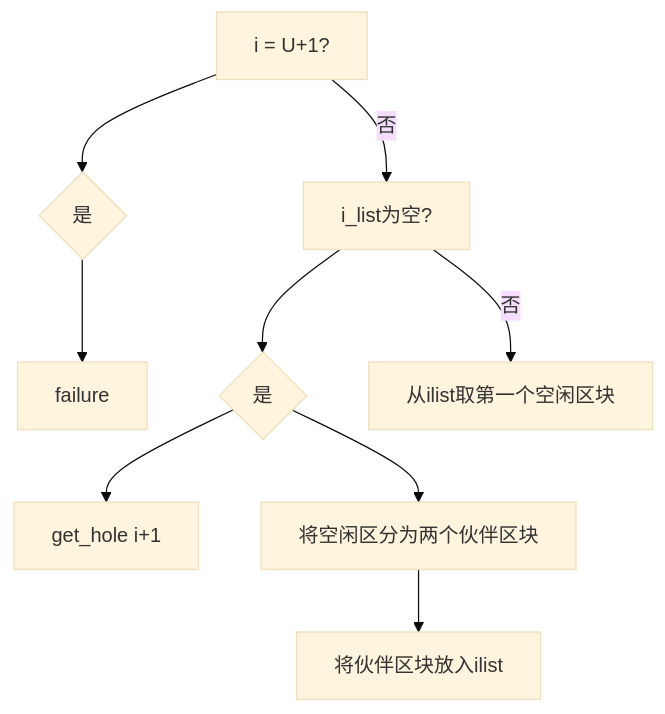
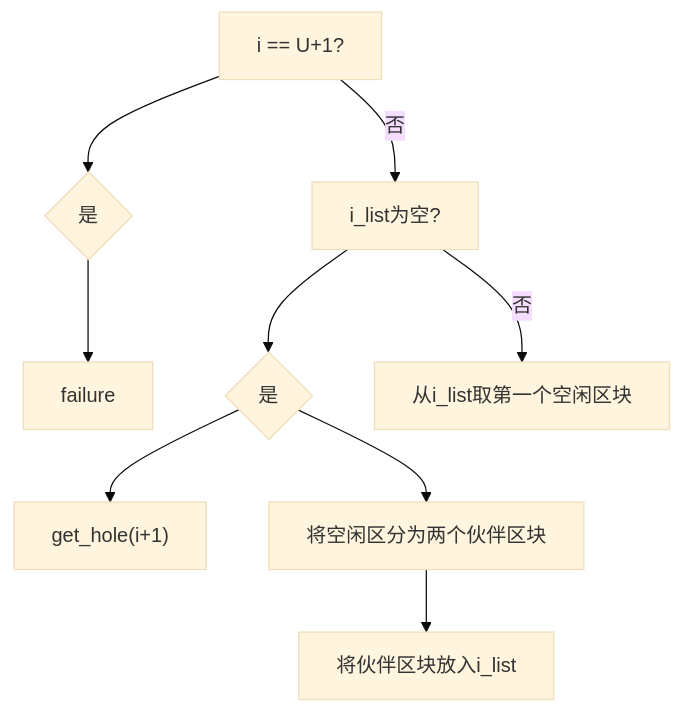
One commit to chestNutLsj/my-cs-career changed the second of 4 diagrams in 1-Theory/5-OS-principle-design/internal&principle/40-内存与虚存.md. Above: the diagram before and after it, drawn with Mermaid (base theme). The commit also changed other lines of this file and 34 other files, not shown here.

````diff
--- a/1-Theory/5-OS-principle-design/internal&principle/40-内存与虚存.md
+++ b/1-Theory/5-OS-principle-design/internal&principle/40-内存与虚存.md
@@ -131,10 +154,10 @@
 ```mermaid
 graph TB
-    A[i = U+1?] --> B{是}
+    A["i == U+1?"] --> B{是}
     B --> C[failure]
-    A -- 否 --> D[i_list为空?] --> E{是} 
-    E --> F[get_hole i+1 ]
-    E --> G[将空闲区分为两个伙伴区块]
-    G --> H[将伙伴区块放入ilist]
-    D -- 否 --> I[从ilist取第一个空闲区块]
+    A -- 否 --> D["i_list为空?"] --> E{是} 
+    E --> F["get_hole(i+1)"]
+    E --> G["将空闲区分为两个伙伴区块"]
+    G --> H["将伙伴区块放入i_list"]
+    D -- 否 --> I["从i_list取第一个空闲区块"]
 ```
````
